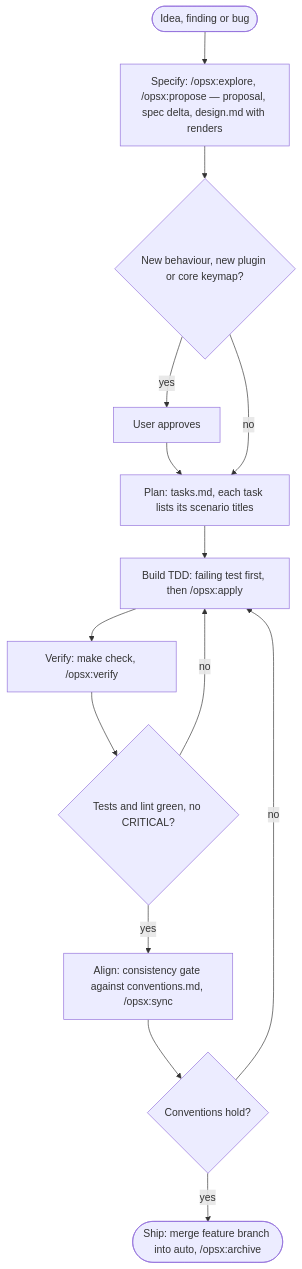
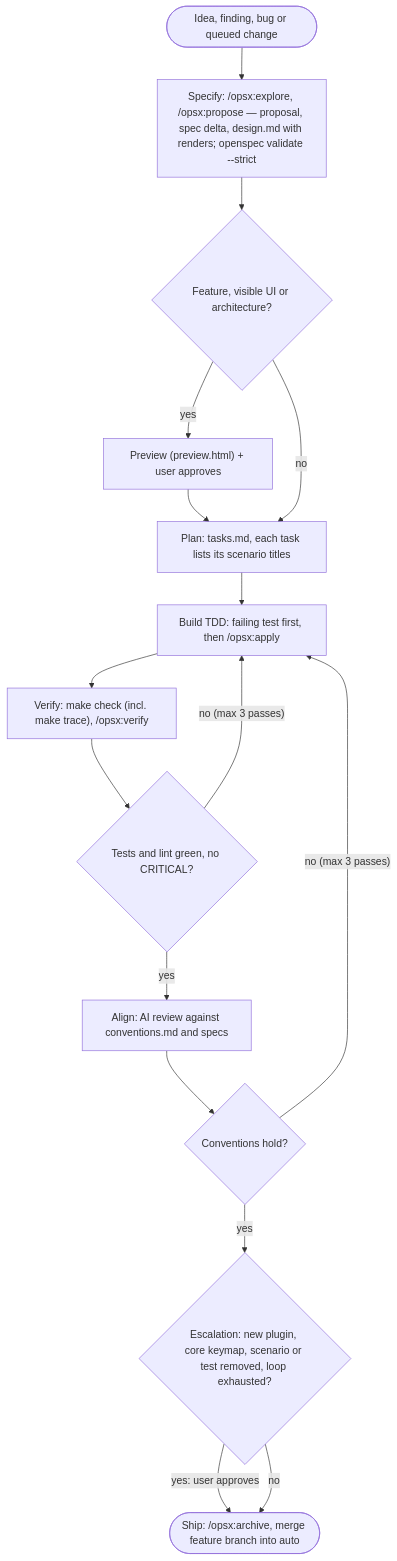
The third of 3 diagrams in docs/architecture/README.md (GlebBeloded/nvim.config), drawn with Mermaid before and after one commit. The commit also changed other lines of this file and 31 other files, not shown here.

````diff
--- a/docs/architecture/README.md
+++ b/docs/architecture/README.md
@@ -125,23 +125,26 @@
 ```mermaid
 flowchart TD
-    idea(["Idea, finding or bug"])
-    spec["Specify: /opsx:explore, /opsx:propose — proposal, spec delta, design.md with renders"]
-    esc{"New behaviour, new plugin or core keymap?"}
-    user["User approves"]
+    idea(["Idea, finding, bug or queued change"])
+    spec["Specify: /opsx:explore, /opsx:propose — proposal, spec delta, design.md with renders; openspec validate --strict"]
+    esc{"Feature, visible UI or architecture?"}
+    user["Preview (preview.html) + user approves"]
     plan["Plan: tasks.md, each task lists its scenario titles"]
     build["Build TDD: failing test first, then /opsx:apply"]
-    verify["Verify: make check, /opsx:verify"]
+    verify["Verify: make check (incl. make trace), /opsx:verify"]
     green{"Tests and lint green, no CRITICAL?"}
-    align["Align: consistency gate against conventions.md, /opsx:sync"]
+    align["Align: AI review against conventions.md and specs"]
     ok{"Conventions hold?"}
-    ship(["Ship: merge feature branch into auto, /opsx:archive"])
+    gate{"Escalation: new plugin, core keymap, scenario or test removed, loop exhausted?"}
+    ship(["Ship: /opsx:archive, merge feature branch into auto"])
 
     idea --> spec --> esc
     esc -- "yes" --> user --> plan
     esc -- "no" --> plan
     plan --> build --> verify --> green
-    green -- "no" --> build
+    green -- "no (max 3 passes)" --> build
     green -- "yes" --> align --> ok
-    ok -- "no" --> build
-    ok -- "yes" --> ship
+    ok -- "no (max 3 passes)" --> build
+    ok -- "yes" --> gate
+    gate -- "yes: user approves" --> ship
+    gate -- "no" --> ship
 ```
````
